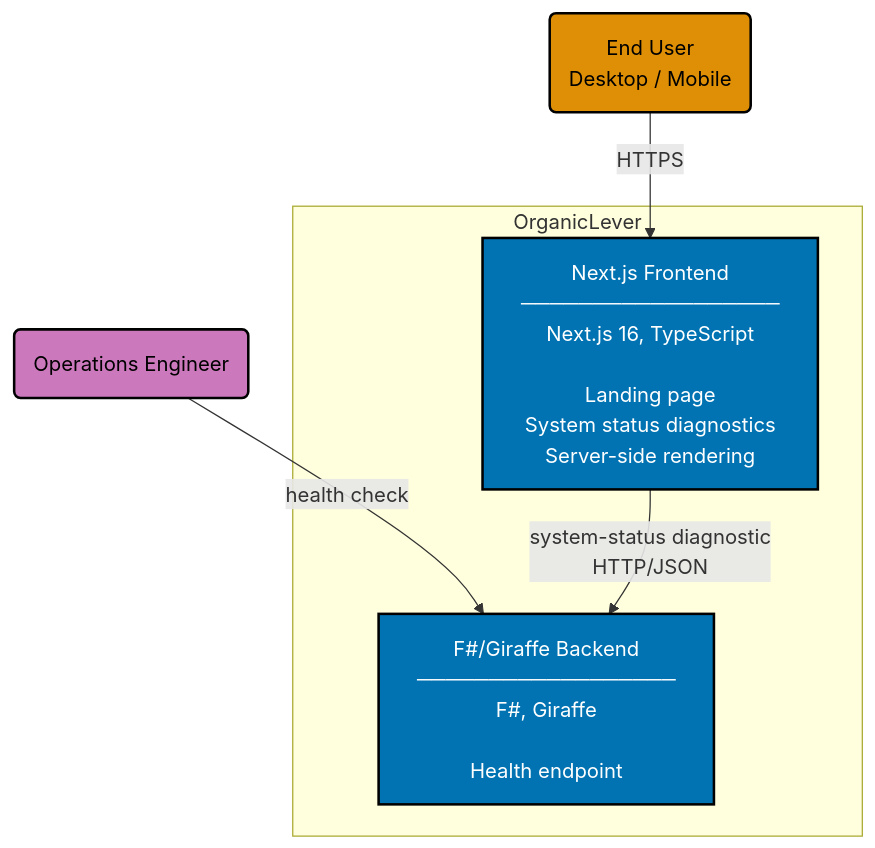
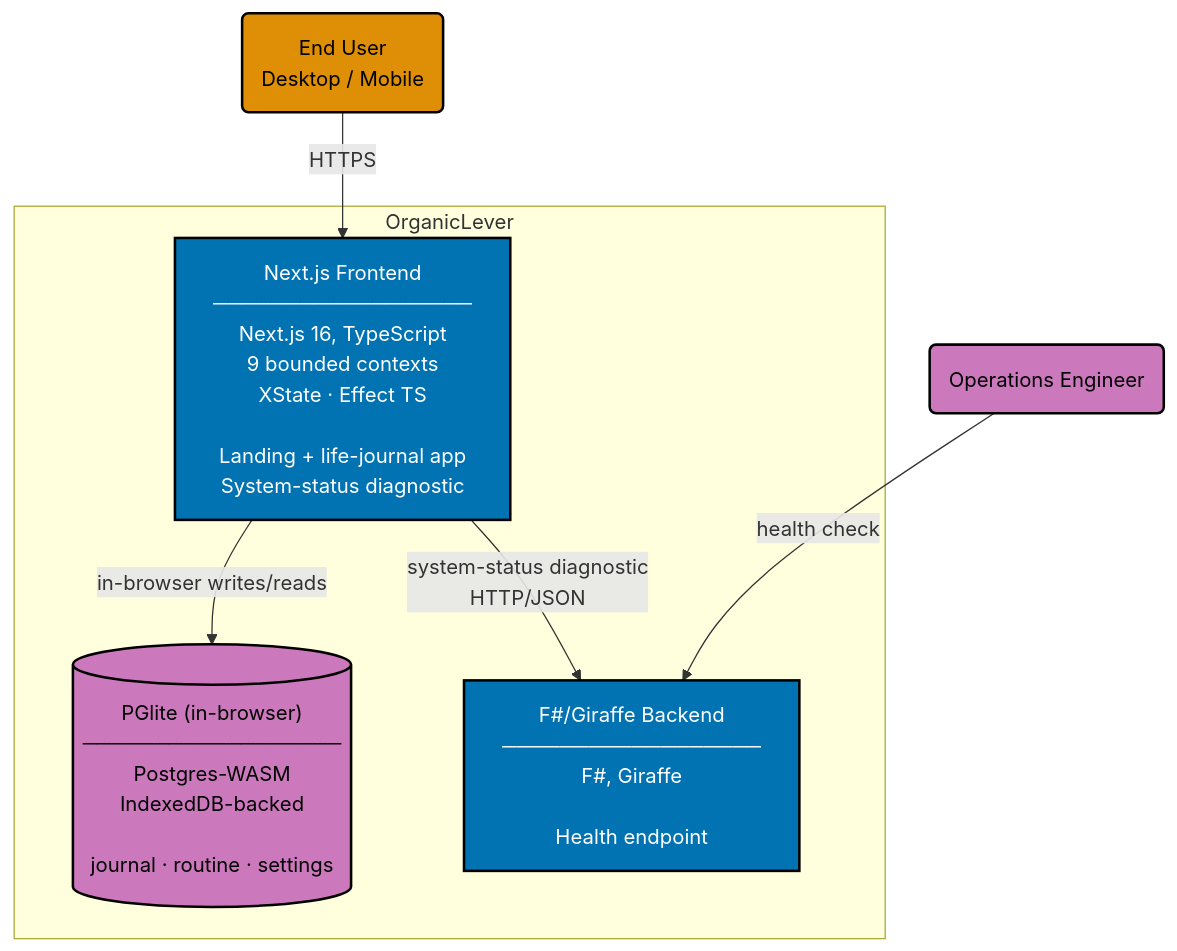
Before and after one commit to wahidyankf/open-sharia-enterprise: the diagram in specs/apps/organiclever/c4/container.md, drawn with Mermaid. The commit also changed other lines of this file and 3 other files, not shown here.

First line of the commit message:
docs(specs): update c4 diagrams to reflect DDD bounded-context architecture

````diff
--- a/specs/apps/organiclever/c4/container.md
+++ b/specs/apps/organiclever/c4/container.md
@@ -12,22 +15,26 @@
 ```mermaid
 %% Color Palette: Blue #0173B2 | Orange #DE8F05 | Teal #029E73 | Purple #CC78BC | Brown #CA9161 | Gray #808080
 graph TD
     EU("End User<br/>Desktop / Mobile"):::actor
     OPS("Operations Engineer"):::actor_ops
 
     subgraph SYSTEM["OrganicLever"]
-        FE["Next.js Frontend<br/>──────────────────<br/>Next.js 16, TypeScript<br/><br/>Landing page<br/>System status diagnostics<br/>Server-side rendering"]:::container_fe
+        FE["Next.js Frontend<br/>──────────────────<br/>Next.js 16, TypeScript<br/>9 bounded contexts<br/>XState · Effect TS<br/><br/>Landing + life-journal app<br/>System-status diagnostic"]:::container_fe
+
+        PGLITE[("PGlite (in-browser)<br/>──────────────────<br/>Postgres-WASM<br/>IndexedDB-backed<br/><br/>journal · routine · settings")]:::storage
 
         BE["F#/Giraffe Backend<br/>──────────────────<br/>F#, Giraffe<br/><br/>Health endpoint"]:::container_be
     end
 
     EU -->|"HTTPS"| FE
     OPS -->|"health check"| BE
 
+    FE -->|"in-browser writes/reads"| PGLITE
     FE -->|"system-status diagnostic<br/>HTTP/JSON"| BE
 
     classDef actor fill:#DE8F05,stroke:#000000,color:#000000,stroke-width:2px
     classDef actor_ops fill:#CC78BC,stroke:#000000,color:#000000,stroke-width:2px
     classDef container_fe fill:#0173B2,stroke:#000000,color:#FFFFFF,stroke-width:2px
     classDef container_be fill:#0173B2,stroke:#000000,color:#FFFFFF,stroke-width:2px
+    classDef storage fill:#CC78BC,stroke:#000000,color:#000000,stroke-width:2px
 ```
````
